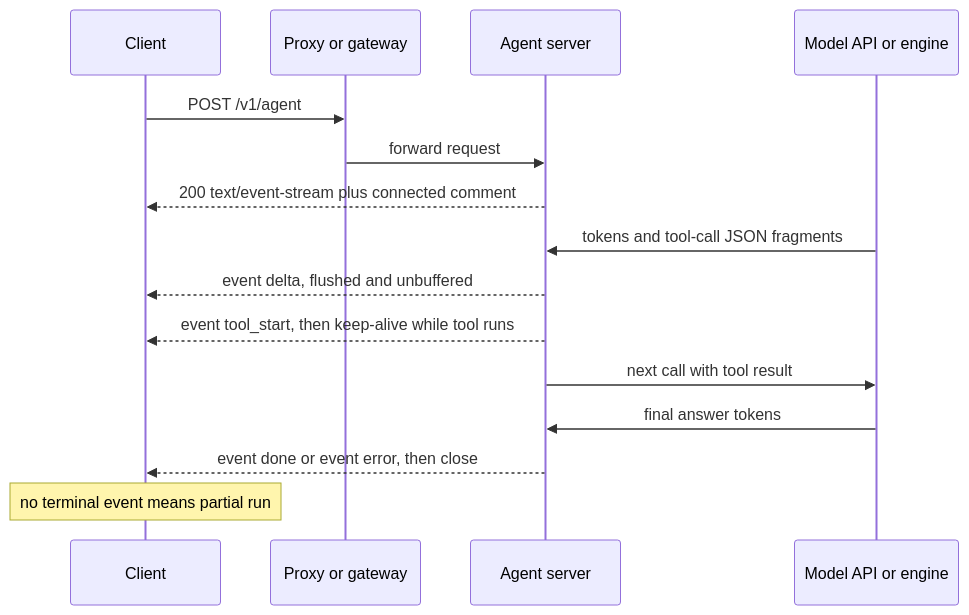
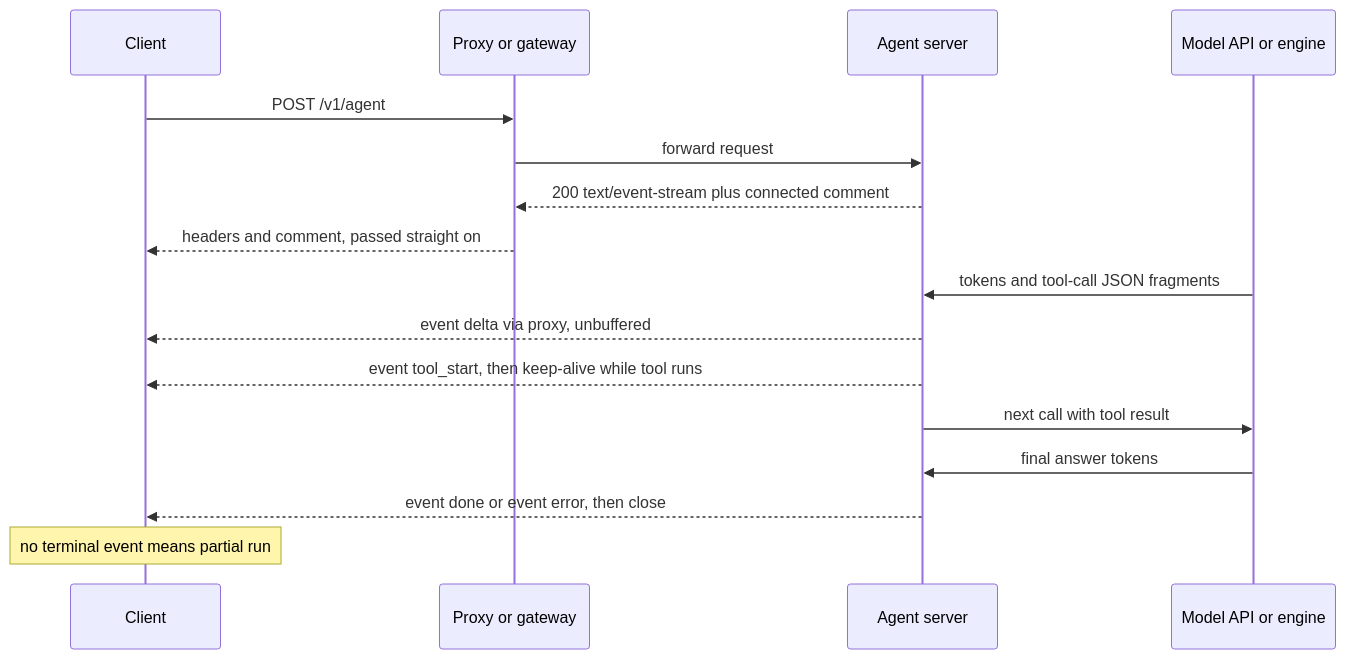
The diagram in content/serving-inference/streaming.md (lovishmahajan97/agentic-learning), drawn with Mermaid before and after one commit. The commit also changed other lines of this file and 454 other files, not shown here.

````diff
--- a/content/serving-inference/streaming.md
+++ b/content/serving-inference/streaming.md
@@ -159,17 +159,18 @@
 ```mermaid
 sequenceDiagram
     participant C as Client
     participant P as Proxy or gateway
     participant S as Agent server
     participant E as Model API or engine
     C->>P: POST /v1/agent
     P->>S: forward request
-    S-->>C: 200 text/event-stream plus connected comment
+    S-->>P: 200 text/event-stream plus connected comment
+    P-->>C: headers and comment, passed straight on
     E->>S: tokens and tool-call JSON fragments
-    S-->>C: event delta, flushed and unbuffered
+    S-->>C: event delta via proxy, unbuffered
     S-->>C: event tool_start, then keep-alive while tool runs
     S->>E: next call with tool result
     E->>S: final answer tokens
     S-->>C: event done or event error, then close
     Note over C: no terminal event means partial run
 ```
````
